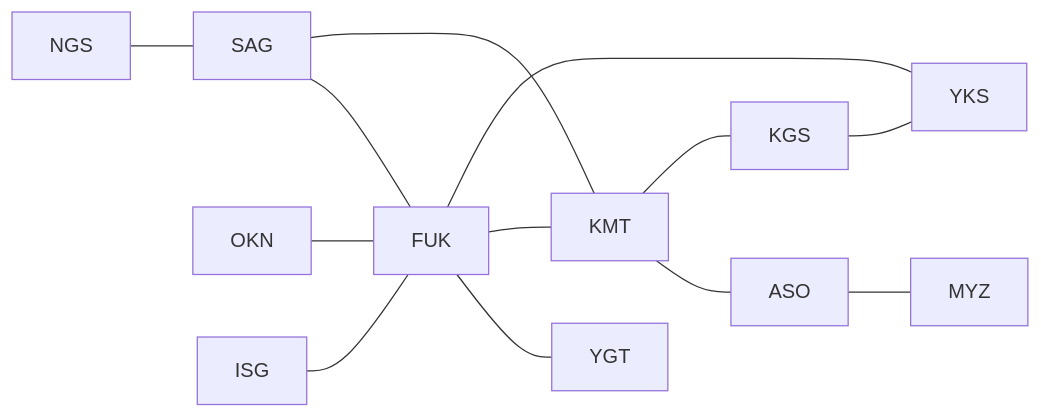
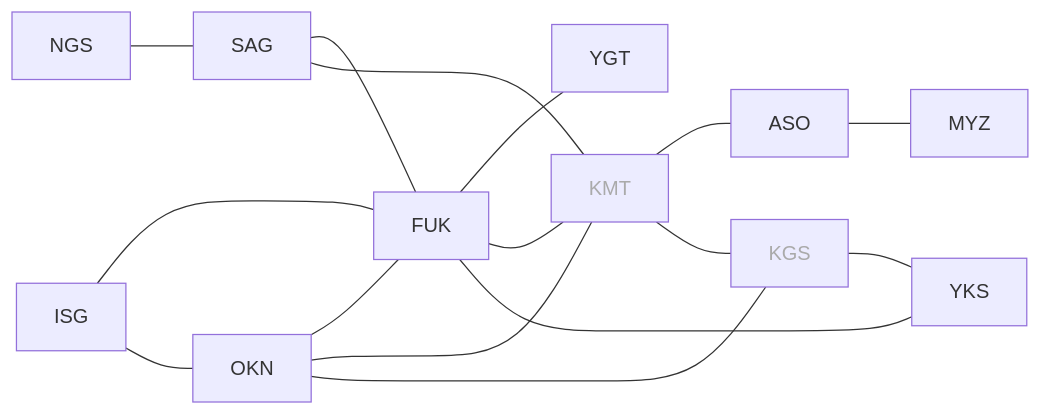
Before and after one commit to kendid/text-tests: the third of 3 diagrams in README.md, drawn with Mermaid.

````diff
--- a/README.md
+++ b/README.md
@@ -44,15 +44,20 @@
 ```mermaid
 flowchart LR
     FUK --- YGT
     SAG --- FUK
     NGS --- SAG
     FUK --- KMT
     SAG --- KMT
     KMT --- ASO
     ASO --- MYZ
     KMT --- KGS
     KGS --- YKS
     FUK --- YKS
     OKN --- FUK
+    OKN --- KMT
+    OKN --- KGS
     ISG --- FUK
+    ISG --- OKN
+    style KMT color:#aaa
+    style KGS color:#aaa
 ```
````
